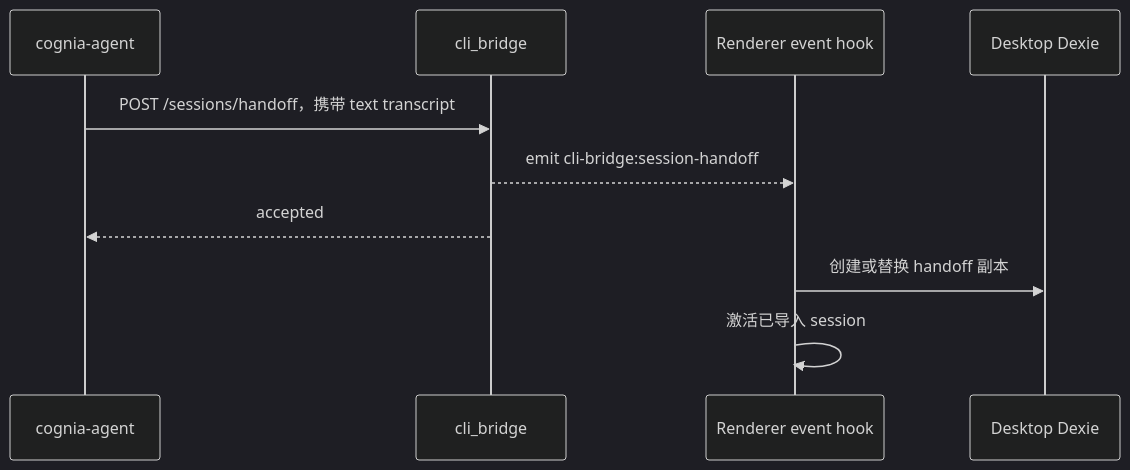
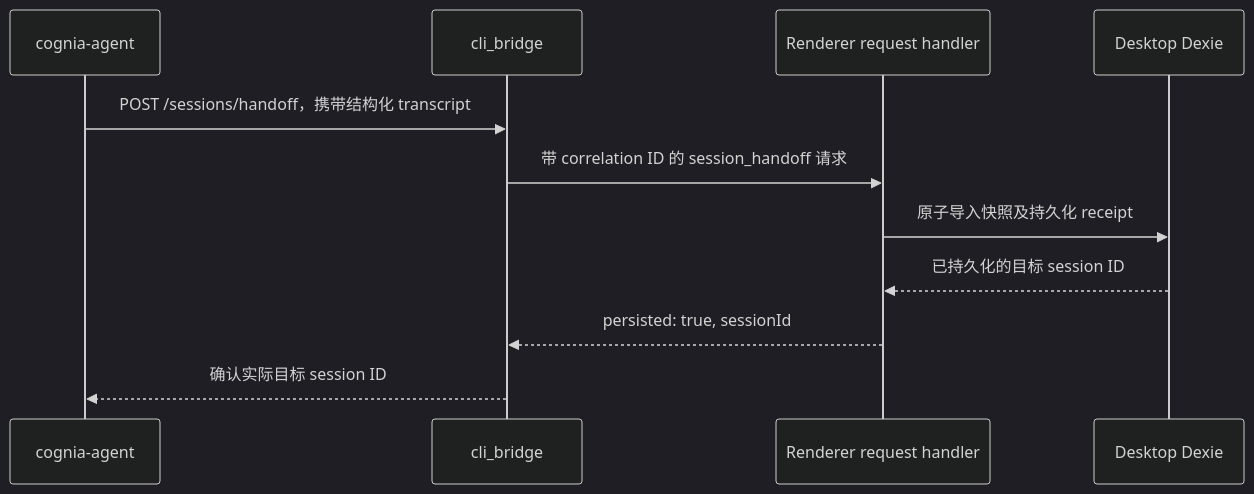
The diagram in docs/content/docs/zh/subsystems/cli-app-bridge/sync-and-handoff.mdx (MaxQian888/cognia-next), drawn with Mermaid (dark theme) before and after one commit. The commit also changed other lines of this file and 37 other files, not shown here.

First line of the commit message:
feat(handoff): session import/export and CLI bridge updates

````diff
--- a/docs/content/docs/zh/subsystems/cli-app-bridge/sync-and-handoff.mdx
+++ b/docs/content/docs/zh/subsystems/cli-app-bridge/sync-and-handoff.mdx
@@ -37,13 +38,14 @@
 ```mermaid
 sequenceDiagram
   participant CLI as cognia-agent
   participant HTTP as cli_bridge
-  participant Hook as Renderer event hook
+  participant Renderer as Renderer request handler
   participant DB as Desktop Dexie
 
-  CLI->>HTTP: POST /sessions/handoff，携带 text transcript
-  HTTP-->>Hook: emit cli-bridge:session-handoff
-  HTTP-->>CLI: accepted
-  Hook->>DB: 创建或替换 handoff 副本
-  Hook->>Hook: 激活已导入 session
+  CLI->>HTTP: POST /sessions/handoff，携带结构化 transcript
+  HTTP->>Renderer: 带 correlation ID 的 session_handoff 请求
+  Renderer->>DB: 原子导入快照及持久化 receipt
+  DB-->>Renderer: 已持久化的目标 session ID
+  Renderer-->>HTTP: persisted: true, sessionId
+  HTTP-->>CLI: 确认实际目标 session ID
 ```
````
